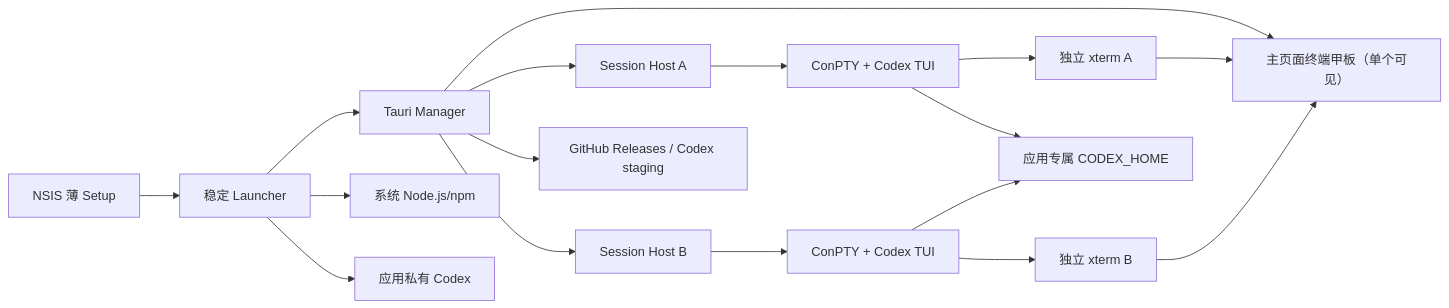
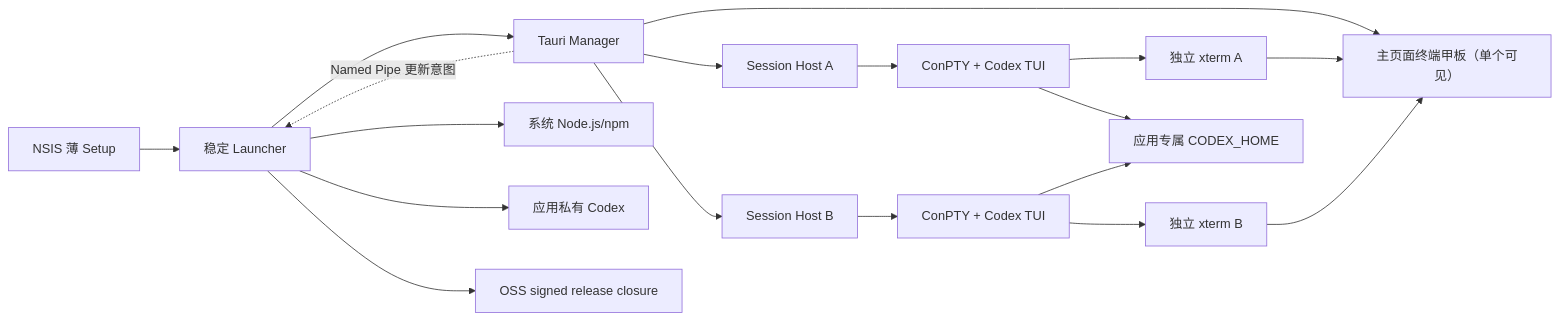
Before and after one commit to chengzhang0528/tauri-codex: the diagram in 文档/项目/项目_tauri-codex/决策/DEC-0001-Windows-x64-Codex桌面封装方案.md, drawn with Mermaid. The commit also changed other lines of this file and 37 other files, not shown here.

Commit message:
refactor: switch tauri-codex to signed v2 delivery

````diff
--- a/文档/项目/项目_tauri-codex/决策/DEC-0001-Windows-x64-Codex桌面封装方案.md
+++ b/文档/项目/项目_tauri-codex/决策/DEC-0001-Windows-x64-Codex桌面封装方案.md
@@ -42,19 +42,20 @@
 ```mermaid
 flowchart LR
   Setup["NSIS 薄 Setup"] --> Launcher["稳定 Launcher"]
   Launcher --> Desktop["Tauri Manager"]
   Launcher --> Node["系统 Node.js/npm"]
   Launcher --> Bundled["应用私有 Codex"]
   Desktop --> H1["Session Host A"]
   Desktop --> H2["Session Host B"]
   H1 --> P1["ConPTY + Codex TUI"]
   H2 --> P2["ConPTY + Codex TUI"]
   Desktop --> Deck["主页面终端甲板（单个可见）"]
   P1 --> X1["独立 xterm A"]
   P2 --> X2["独立 xterm B"]
   X1 --> Deck
   X2 --> Deck
   P1 --> Home["应用专属 CODEX_HOME"]
   P2 --> Home
-  Desktop --> Releases["GitHub Releases / Codex staging"]
+  Desktop -. "Named Pipe 更新意图" .-> Launcher
+  Launcher --> Releases["OSS signed release closure"]
 ```
````
